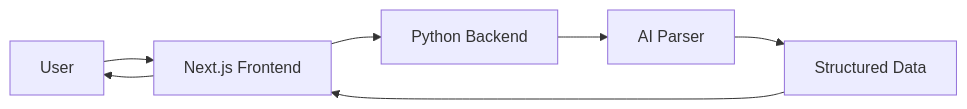
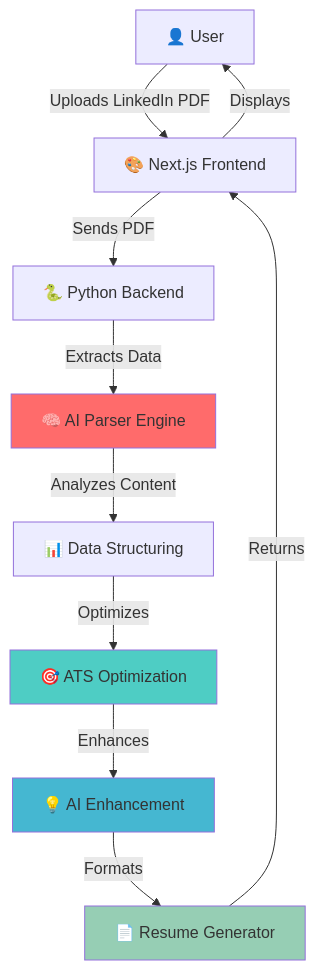
The diagram in README.md (artisticshashank/ResuMate), drawn with Mermaid before and after one commit. The commit also changed other lines of this file, not shown here.

````diff
--- a/README.md
+++ b/README.md
@@ -116,9 +218,17 @@
 ```mermaid
-graph LR
-    A[User] --> B[Next.js Frontend]
-    B --> C[Python Backend]
-    C --> D[AI Parser]
-    D --> E[Structured Data]
-    E --> B
-    B --> A
+graph TB
+    A[👤 User] -->|Uploads LinkedIn PDF| B[🎨 Next.js Frontend]
+    B -->|Sends PDF| C[🐍 Python Backend]
+    C -->|Extracts Data| D[🧠 AI Parser Engine]
+    D -->|Analyzes Content| E[📊 Data Structuring]
+    E -->|Optimizes| F[🎯 ATS Optimization]
+    F -->|Enhances| G[💡 AI Enhancement]
+    G -->|Formats| H[📄 Resume Generator]
+    H -->|Returns| B
+    B -->|Displays| A
+    
+    style D fill:#FF6B6B
+    style F fill:#4ECDC4
+    style G fill:#45B7D1
+    style H fill:#96CEB4
 ```
````
